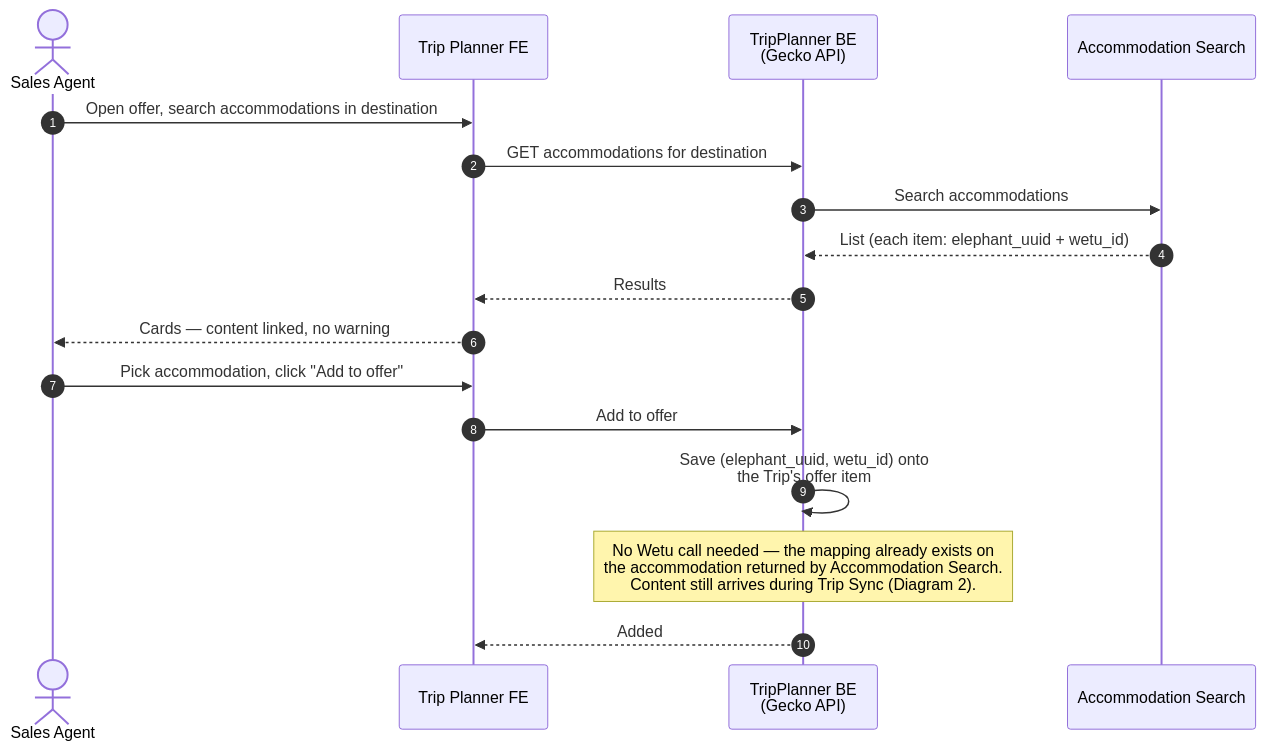
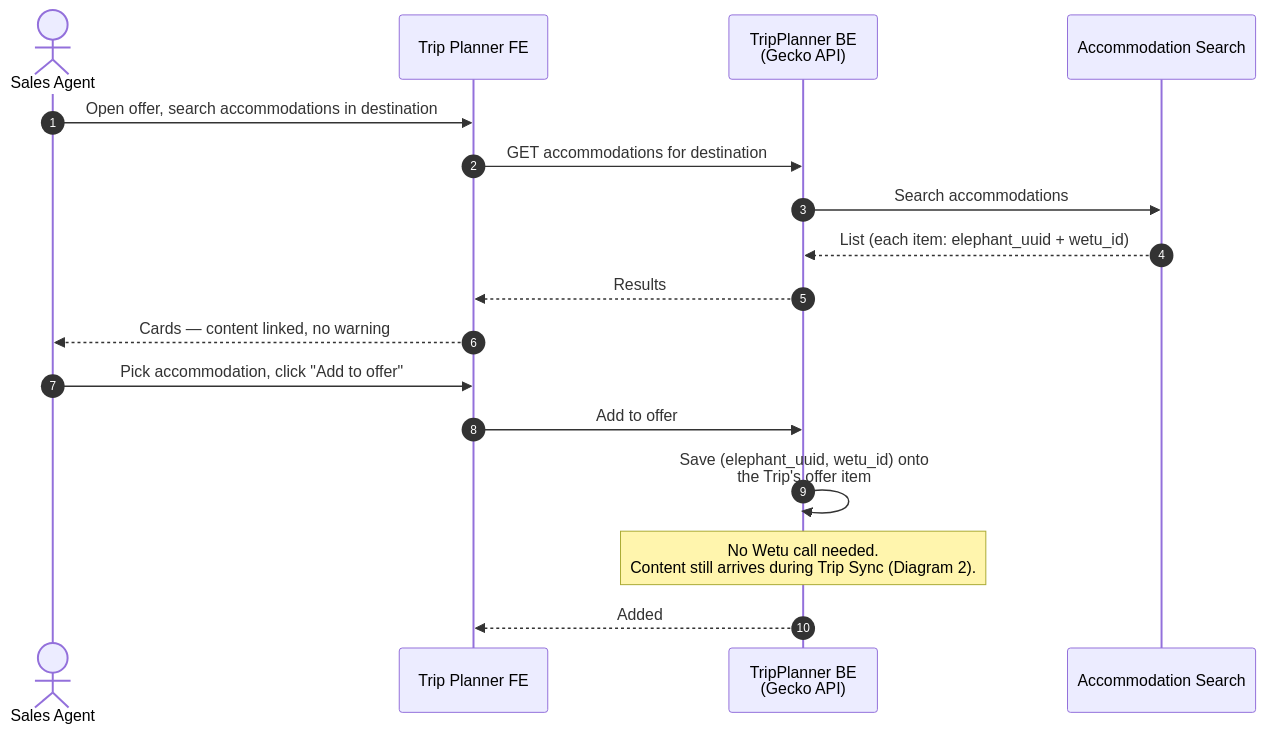
Before and after one commit to kliuchnikau-tourlane/ClaudeCowork: the second of 5 diagrams in OUTPUTS/2026-04-24_TripPlannerWetu-sequence-diagrams/TripPlannerWetu_Documentation.md, drawn with Mermaid. The commit also changed other lines of this file, not shown here.

````diff
--- a/OUTPUTS/2026-04-24_TripPlannerWetu-sequence-diagrams/TripPlannerWetu_Documentation.md
+++ b/OUTPUTS/2026-04-24_TripPlannerWetu-sequence-diagrams/TripPlannerWetu_Documentation.md
@@ -65,21 +64,21 @@
 ```mermaid
 sequenceDiagram
     autonumber
     actor Agent as Sales Agent
     participant TP as Trip Planner FE
     participant BE as TripPlanner BE<br/>(Gecko API)
     participant AS as Accommodation Search
 
     Agent->>TP: Open offer, search accommodations in destination
     TP->>BE: GET accommodations for destination
     BE->>AS: Search accommodations
     AS-->>BE: List (each item: elephant_uuid + wetu_id)
     BE-->>TP: Results
     TP-->>Agent: Cards — content linked, no warning
 
     Agent->>TP: Pick accommodation, click "Add to offer"
     TP->>BE: Add to offer
     BE->>BE: Save (elephant_uuid, wetu_id) onto<br/>the Trip's offer item
-    Note over BE: No Wetu call needed — the mapping already exists on<br/>the accommodation returned by Accommodation Search.<br/>Content still arrives during Trip Sync (Diagram 2).
+    Note over BE: No Wetu call needed.<br/>Content still arrives during Trip Sync (Diagram 2).
     BE-->>TP: Added
 ```
````
